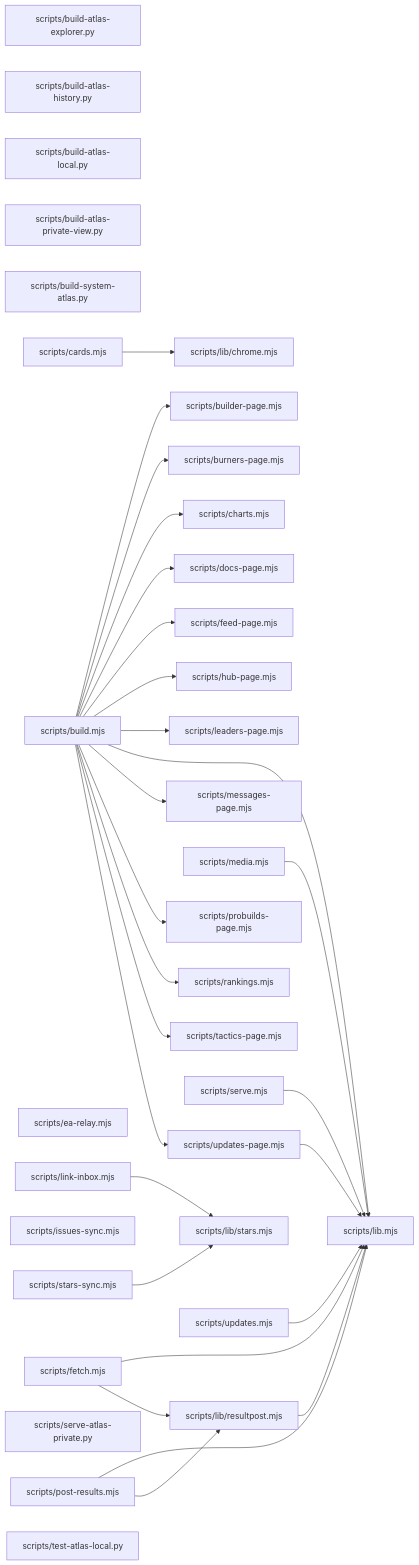
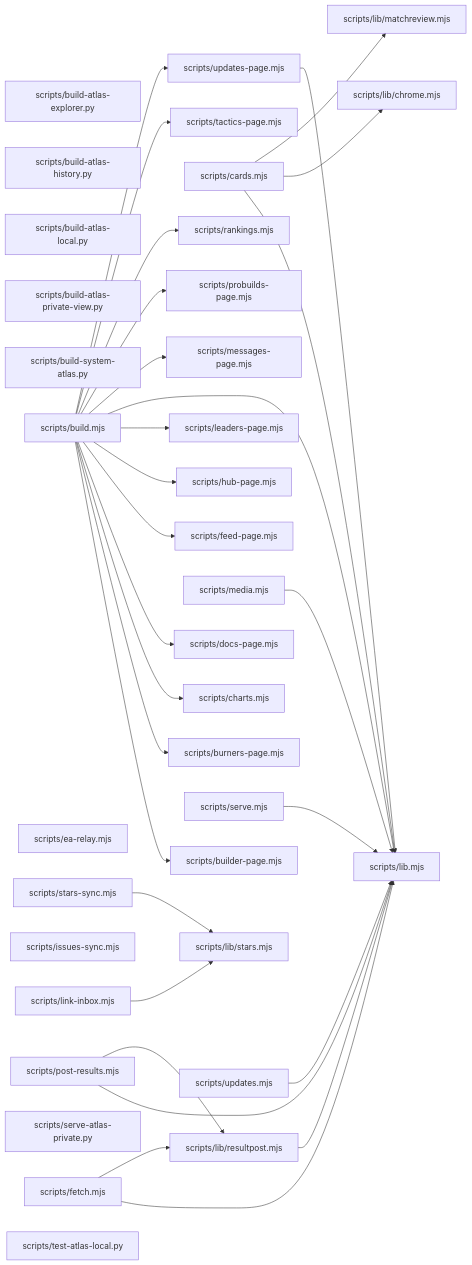
One commit to devroadtosucces15-boop/Norex-United-FC changed the diagram in PLANNING/system-atlas/layer-scripts.md. Above: the diagram before and after it, drawn with Mermaid. The commit also changed 5 other files, not shown here.

````diff
--- a/PLANNING/system-atlas/layer-scripts.md
+++ b/PLANNING/system-atlas/layer-scripts.md
@@ -5,62 +5,65 @@
 ```mermaid
 flowchart LR
   n0["scripts/build-atlas-explorer.py"]
   n1["scripts/build-atlas-history.py"]
   n2["scripts/build-atlas-local.py"]
   n3["scripts/build-atlas-private-view.py"]
   n4["scripts/build-system-atlas.py"]
   n5["scripts/build.mjs"]
   n6["scripts/builder-page.mjs"]
   n7["scripts/burners-page.mjs"]
   n8["scripts/cards.mjs"]
   n9["scripts/charts.mjs"]
   n10["scripts/docs-page.mjs"]
   n11["scripts/ea-relay.mjs"]
   n12["scripts/feed-page.mjs"]
   n13["scripts/fetch.mjs"]
   n14["scripts/hub-page.mjs"]
   n15["scripts/issues-sync.mjs"]
   n16["scripts/leaders-page.mjs"]
   n17["scripts/lib.mjs"]
   n18["scripts/lib/chrome.mjs"]
-  n19["scripts/lib/resultpost.mjs"]
-  n20["scripts/lib/stars.mjs"]
-  n21["scripts/link-inbox.mjs"]
-  n22["scripts/media.mjs"]
-  n23["scripts/messages-page.mjs"]
-  n24["scripts/post-results.mjs"]
-  n25["scripts/probuilds-page.mjs"]
-  n26["scripts/rankings.mjs"]
-  n27["scripts/serve-atlas-private.py"]
-  n28["scripts/serve.mjs"]
-  n29["scripts/stars-sync.mjs"]
-  n30["scripts/tactics-page.mjs"]
-  n31["scripts/test-atlas-local.py"]
-  n32["scripts/updates-page.mjs"]
-  n33["scripts/updates.mjs"]
+  n19["scripts/lib/matchreview.mjs"]
+  n20["scripts/lib/resultpost.mjs"]
+  n21["scripts/lib/stars.mjs"]
+  n22["scripts/link-inbox.mjs"]
+  n23["scripts/media.mjs"]
+  n24["scripts/messages-page.mjs"]
+  n25["scripts/post-results.mjs"]
+  n26["scripts/probuilds-page.mjs"]
+  n27["scripts/rankings.mjs"]
+  n28["scripts/serve-atlas-private.py"]
+  n29["scripts/serve.mjs"]
+  n30["scripts/stars-sync.mjs"]
+  n31["scripts/tactics-page.mjs"]
+  n32["scripts/test-atlas-local.py"]
+  n33["scripts/updates-page.mjs"]
+  n34["scripts/updates.mjs"]
   n5 --> n6
   n5 --> n7
   n5 --> n9
   n5 --> n10
   n5 --> n12
   n5 --> n14
   n5 --> n16
   n5 --> n17
-  n5 --> n23
-  n5 --> n25
+  n5 --> n24
   n5 --> n26
-  n5 --> n30
-  n5 --> n32
+  n5 --> n27
+  n5 --> n31
+  n5 --> n33
+  n8 --> n17
   n8 --> n18
+  n8 --> n19
   n13 --> n17
-  n13 --> n19
-  n19 --> n17
-  n21 --> n20
-  n22 --> n17
-  n24 --> n17
-  n24 --> n19
-  n28 --> n17
-  n29 --> n20
-  n32 --> n17
+  n13 --> n20
+  n20 --> n17
+  n22 --> n21
+  n23 --> n17
+  n25 --> n17
+  n25 --> n20
+  n29 --> n17
+  n30 --> n21
   n33 --> n17
+  n34 --> n17
 ```
````
